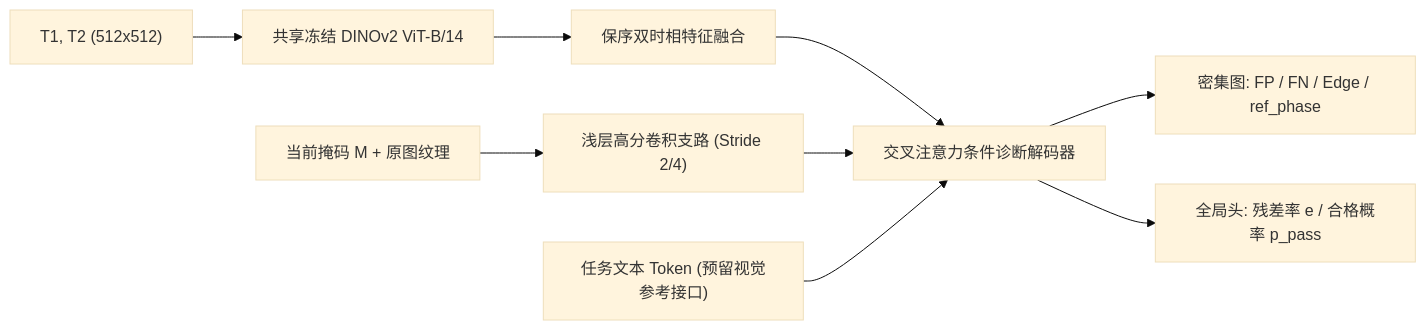
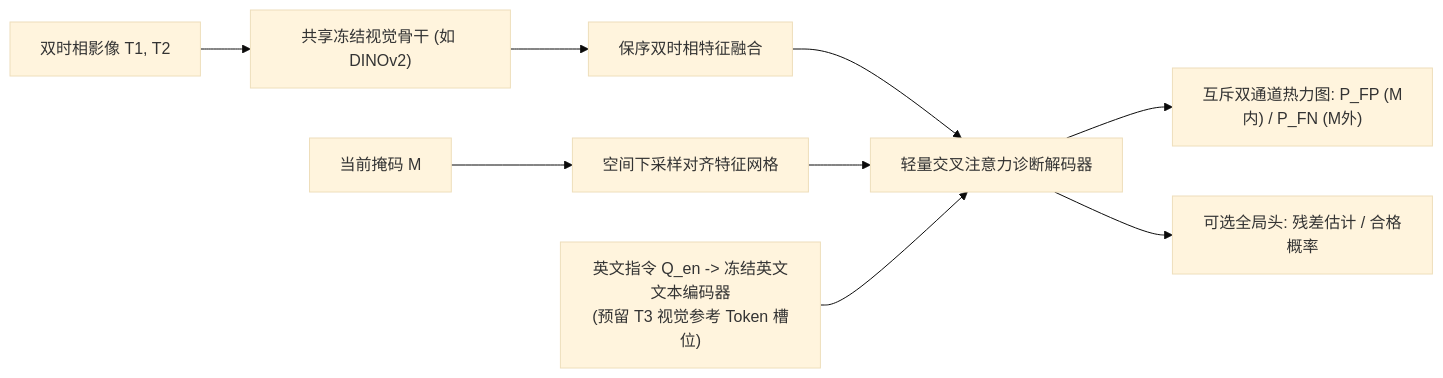
The diagram in doc/VERIFIER_V1_TRAINING_PLAN.md (ethan-404-sys/CD-Agent), drawn with Mermaid (base theme) before and after one commit. The commit also changed other lines of this file, not shown here.

````diff
--- a/doc/VERIFIER_V1_TRAINING_PLAN.md
+++ b/doc/VERIFIER_V1_TRAINING_PLAN.md
@@ -116,11 +106,11 @@
 ```mermaid
 flowchart LR
-  I["T1, T2 (512x512)"] --> V["共享冻结 DINOv2 ViT-B/14"]
+  I["双时相影像 T1, T2"] --> V["共享冻结视觉骨干 (如 DINOv2)"]
   V --> F["保序双时相特征融合"]
-  F --> D["交叉注意力条件诊断解码器"]
-  M["当前掩码 M + 原图纹理"] --> H["浅层高分卷积支路 (Stride 2/4)"]
-  H --> D
-  Q["任务文本 Token (预留视觉参考接口)"] --> D
-  D --> O1["密集图: FP / FN / Edge / ref_phase"]
-  D --> O2["全局头: 残差率 e / 合格概率 p_pass"]
+  M["当前掩码 M"] --> P["空间下采样对齐特征网格"]
+  F --> D["轻量交叉注意力诊断解码器"]
+  P --> D
+  Q["英文指令 Q_en -> 冻结英文文本编码器\n(预留 T3 视觉参考 Token 槽位)"] --> D
+  D --> O1["互斥双通道热力图: P_FP (M内) / P_FN (M外)"]
+  D --> O2["可选全局头: 残差估计 / 合格概率"]
 ```
````
